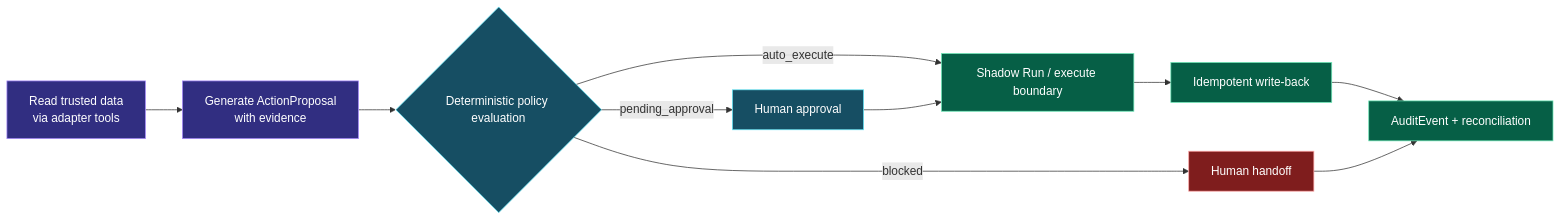
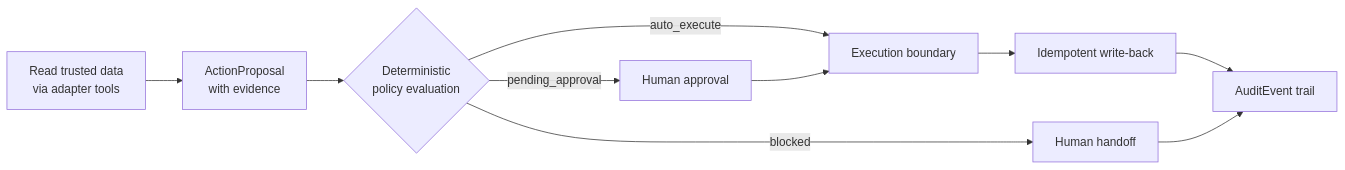
One commit to shidesheng0218/open-support-agent-spec changed the diagram in README.md. Above: the diagram before and after it, drawn with Mermaid. The commit also changed other lines of this file and 1 other file, not shown here.

````diff
--- a/README.md
+++ b/README.md
@@ -284,21 +72,12 @@
 ```mermaid
 flowchart LR
-    A[Read trusted data<br/>via adapter tools] --> B[Generate ActionProposal<br/>with evidence]
-    B --> C{Deterministic policy evaluation}
-    C -->|auto_execute| D[Shadow Run / execute boundary]
+    A[Read trusted data<br/>via adapter tools] --> B[ActionProposal<br/>with evidence]
+    B --> C{Deterministic<br/>policy evaluation}
+    C -->|auto_execute| D[Execution boundary]
     C -->|pending_approval| H[Human approval]
     C -->|blocked| X[Human handoff]
     H --> D
     D --> W[Idempotent write-back]
-    W --> E[AuditEvent + reconciliation]
+    W --> E[AuditEvent trail]
     X --> E
-
-    classDef input fill:#312E81,stroke:#A78BFA,color:#fff
-    classDef gate fill:#164E63,stroke:#67E8F9,color:#fff
-    classDef outcome fill:#065F46,stroke:#6EE7B7,color:#fff
-    classDef blocked fill:#7F1D1D,stroke:#FCA5A5,color:#fff
-    class A,B input
-    class C,H gate
-    class D,W,E outcome
-    class X blocked
 ```
````
